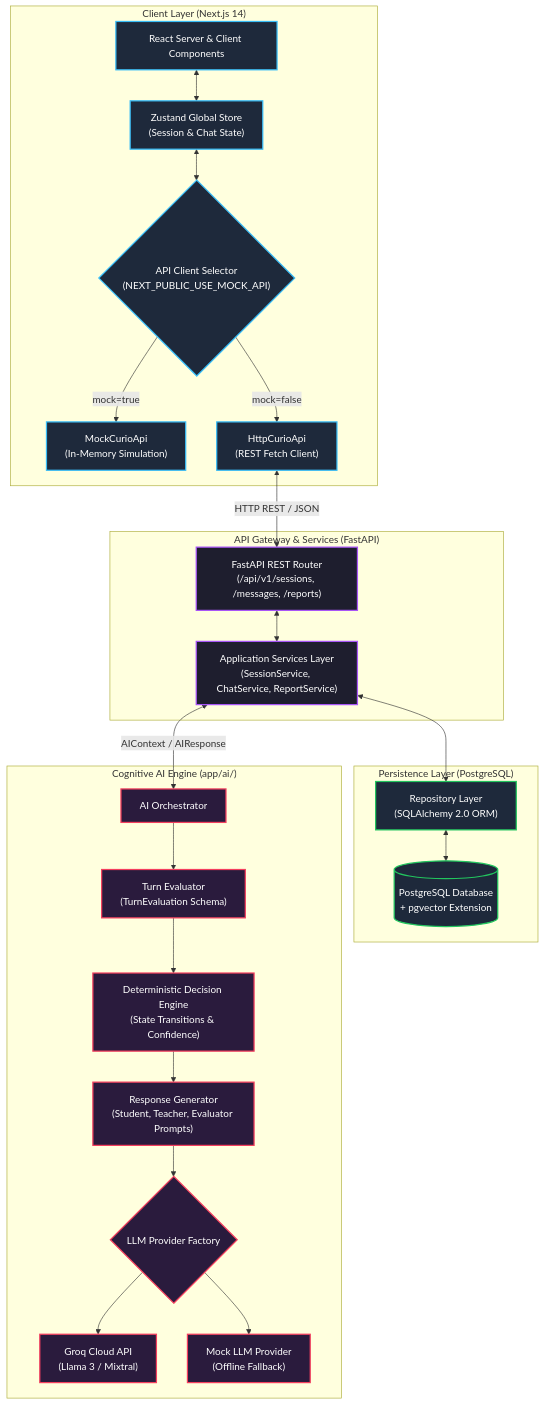
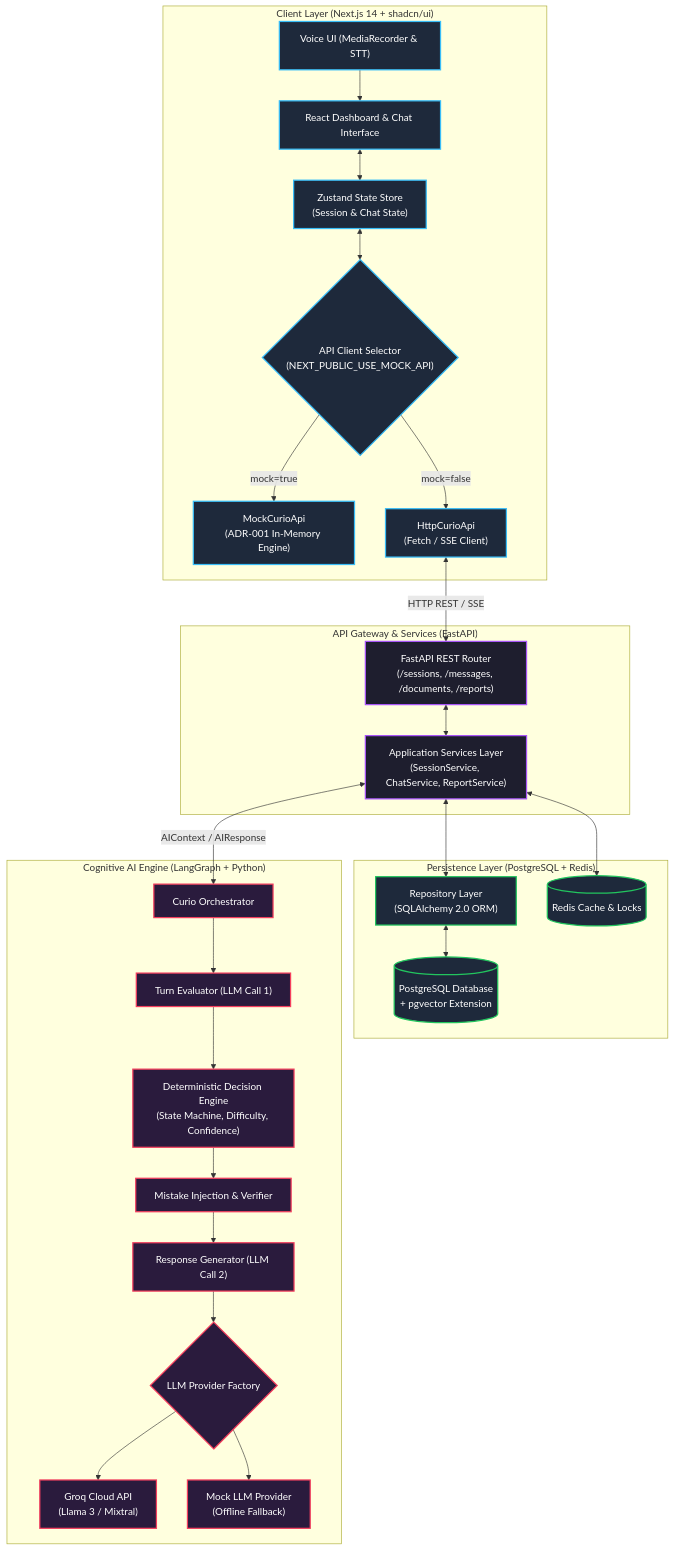
Before and after one commit to joshi-chinmay-016/Curio-AI: the third of 5 diagrams in Readme.md, drawn with Mermaid. The commit also changed other lines of this file, not shown here.

````diff
--- a/Readme.md
+++ b/Readme.md
@@ -185,60 +471,66 @@
 ```mermaid
 graph TD
-    subgraph ClientLayer ["Client Layer (Next.js 14)"]
-        UI["React Server & Client Components"]
-        Zustand["Zustand Global Store<br/>(Session & Chat State)"]
+    subgraph ClientLayer ["Client Layer (Next.js 14 + shadcn/ui)"]
+        UI["React Dashboard & Chat Interface"]
+        Zustand["Zustand State Store<br/>(Session & Chat State)"]
+        VoiceModule["Voice UI (MediaRecorder & STT)"]
         ClientAdapter{"API Client Selector<br/>(NEXT_PUBLIC_USE_MOCK_API)"}
-        MockClient["MockCurioApi<br/>(In-Memory Simulation)"]
-        HttpClient["HttpCurioApi<br/>(REST Fetch Client)"]
+        MockClient["MockCurioApi<br/>(ADR-001 In-Memory Engine)"]
+        HttpClient["HttpCurioApi<br/>(Fetch / SSE Client)"]
         
         UI <--> Zustand
+        VoiceModule --> UI
         Zustand <--> ClientAdapter
         ClientAdapter -->|mock=true| MockClient
         ClientAdapter -->|mock=false| HttpClient
     end
 
     subgraph ApiGateway ["API Gateway & Services (FastAPI)"]
-        Router["FastAPI REST Router<br/>(/api/v1/sessions, /messages, /reports)"]
+        Router["FastAPI REST Router<br/>(/sessions, /messages, /documents, /reports)"]
         Services["Application Services Layer<br/>(SessionService, ChatService, ReportService)"]
         
         Router <--> Services
     end
 
-    subgraph DataLayer ["Persistence Layer (PostgreSQL)"]
+    subgraph DataLayer ["Persistence Layer (PostgreSQL + Redis)"]
         Repo["Repository Layer<br/>(SQLAlchemy 2.0 ORM)"]
         DB[("PostgreSQL Database<br/>+ pgvector Extension")]
+        RedisCache[("Redis Cache & Locks")]
         
         Services <--> Repo
         Repo <--> DB
+        Services <--> RedisCache
     end
 
-    subgraph AIEngine ["Cognitive AI Engine (app/ai/)"]
-        Orchestrator["AI Orchestrator"]
-        Evaluator["Turn Evaluator<br/>(TurnEvaluation Schema)"]
-        DecisionEngine["Deterministic Decision Engine<br/>(State Transitions & Confidence)"]
-        Generator["Response Generator<br/>(Student, Teacher, Evaluator Prompts)"]
+    subgraph AIEngine ["Cognitive AI Engine (LangGraph + Python)"]
+        Orchestrator["Curio Orchestrator"]
+        Evaluator["Turn Evaluator (LLM Call 1)"]
+        DecisionEngine["Deterministic Decision Engine<br/>(State Machine, Difficulty, Confidence)"]
+        MistakeEngine["Mistake Injection & Verifier"]
+        Generator["Response Generator (LLM Call 2)"]
         ProviderInterface{"LLM Provider Factory"}
         GroqProvider["Groq Cloud API<br/>(Llama 3 / Mixtral)"]
         MockLLM["Mock LLM Provider<br/>(Offline Fallback)"]
 
         Services <-->|AIContext / AIResponse| Orchestrator
         Orchestrator --> Evaluator
         Evaluator --> DecisionEngine
-        DecisionEngine --> Generator
+        DecisionEngine --> MistakeEngine
+        MistakeEngine --> Generator
         Generator --> ProviderInterface
         ProviderInterface --> GroqProvider
         ProviderInterface --> MockLLM
     end
 
-    HttpClient <-->|HTTP REST / JSON| Router
+    HttpClient <-->|HTTP REST / SSE| Router
 
     classDef client fill:#1e293b,stroke:#38bdf8,stroke-width:2px,color:#fff;
     classDef api fill:#1e1e2e,stroke:#a855f7,stroke-width:2px,color:#fff;
     classDef db fill:#1e293b,stroke:#22c55e,stroke-width:2px,color:#fff;
     classDef ai fill:#2a1b3d,stroke:#f43f5e,stroke-width:2px,color:#fff;
 
-    class UI,Zustand,ClientAdapter,MockClient,HttpClient client;
+    class UI,Zustand,VoiceModule,ClientAdapter,MockClient,HttpClient client;
     class Router,Services api;
-    class Repo,DB db;
-    class Orchestrator,Evaluator,DecisionEngine,Generator,ProviderInterface,GroqProvider,MockLLM ai;
+    class Repo,DB,RedisCache db;
+    class Orchestrator,Evaluator,DecisionEngine,MistakeEngine,Generator,ProviderInterface,GroqProvider,MockLLM ai;
 ```
````
